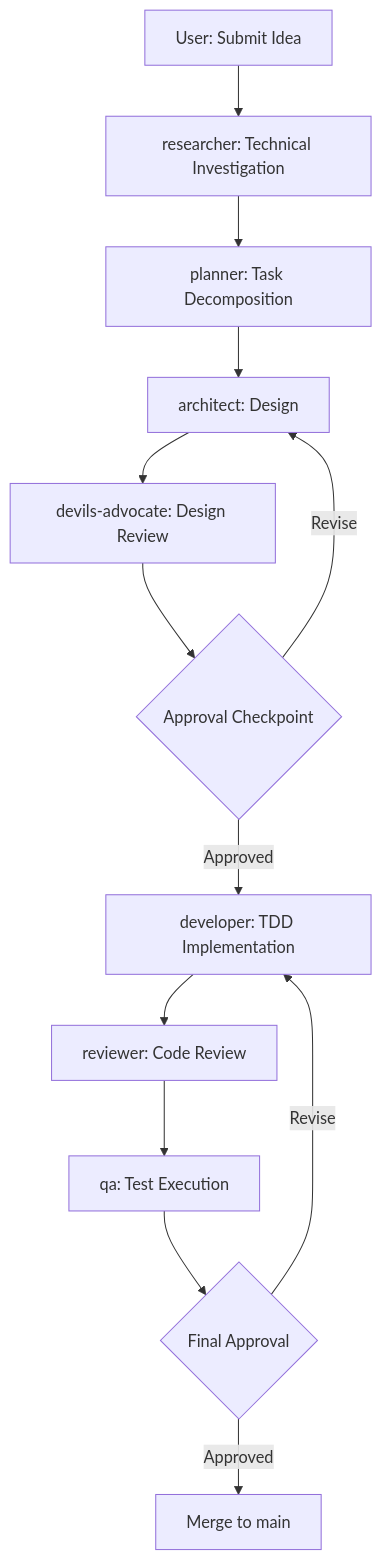
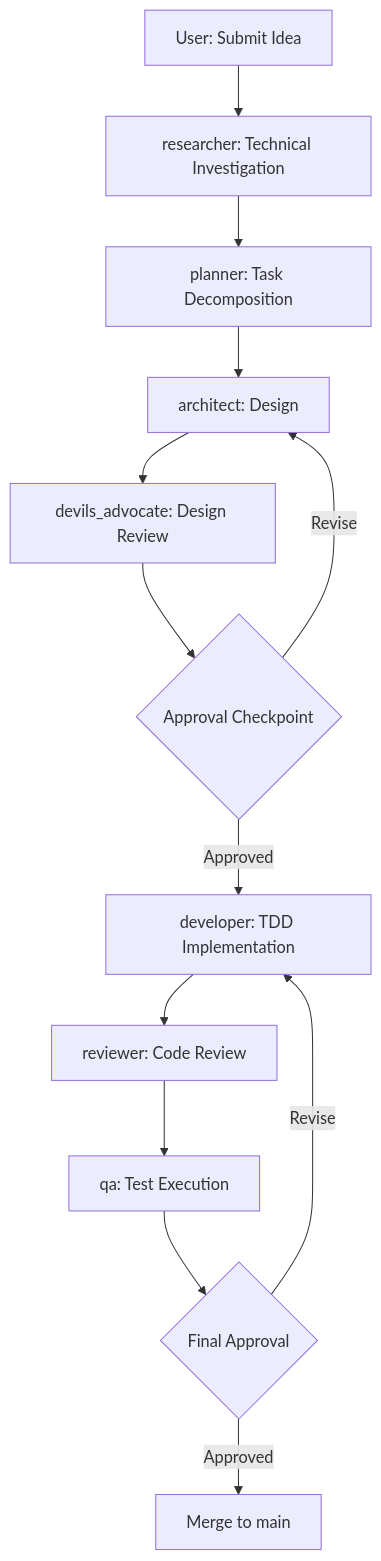
The first of 6 diagrams in .kiro/steering/agent-workflows.md (kato83/mayu), drawn with Mermaid before and after one commit. The commit also changed other lines of this file and 1 other file, not shown here.

````diff
--- a/.kiro/steering/agent-workflows.md
+++ b/.kiro/steering/agent-workflows.md
@@ -11,15 +11,15 @@
 ```mermaid
 graph TD
     A[User: Submit Idea] --> B[researcher: Technical Investigation]
     B --> C[planner: Task Decomposition]
     C --> D[architect: Design]
-    D --> E[devils-advocate: Design Review]
+    D --> E[devils_advocate: Design Review]
     E --> F{Approval Checkpoint}
     F -->|Approved| G[developer: TDD Implementation]
     F -->|Revise| D
     G --> H[reviewer: Code Review]
     H --> I[qa: Test Execution]
     I --> J{Final Approval}
     J -->|Approved| K[Merge to main]
     J -->|Revise| G
 ```
````
